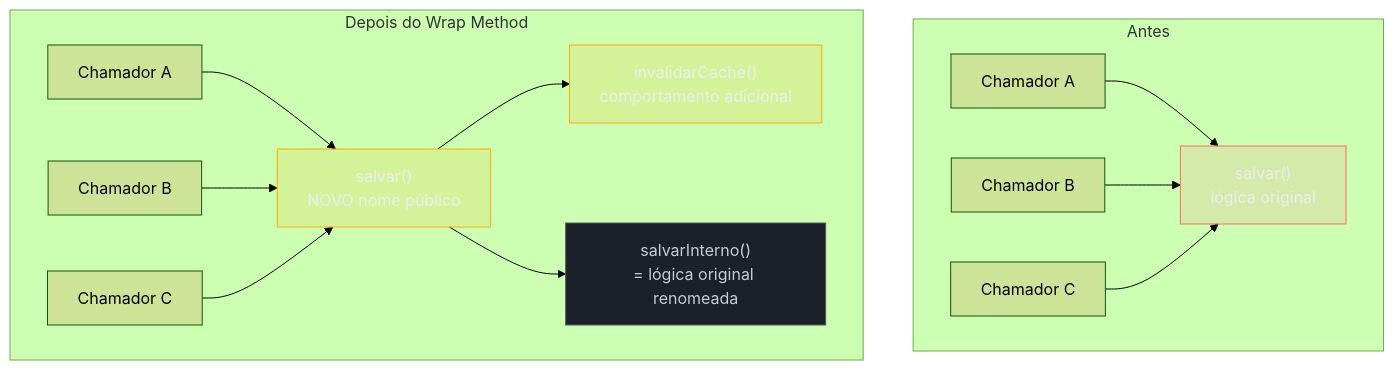
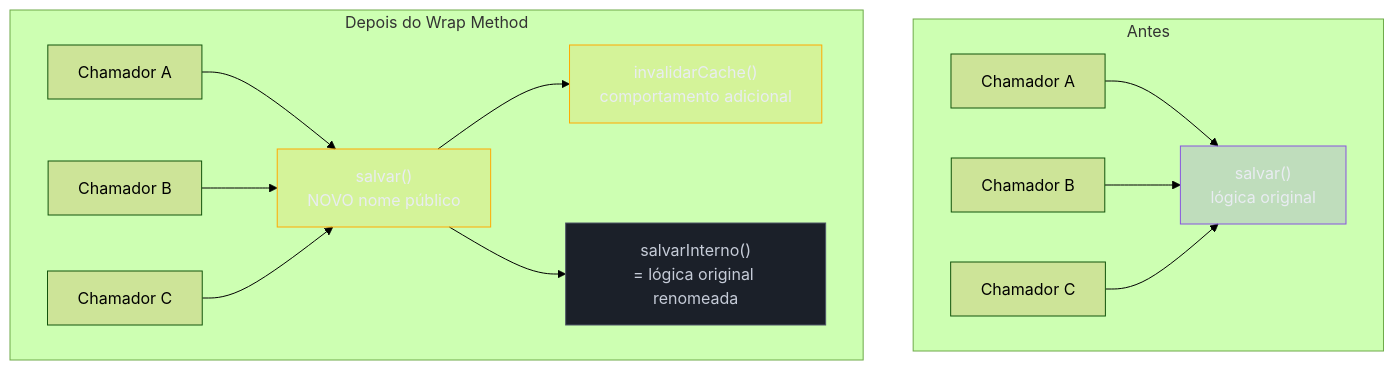
Before and after one commit to josenaldo/codex-technomanticus: the second of 3 diagrams in 03-Dominios/Engenharia/Arqueologia e Restauração de Software/13 - Técnicas cirúrgicas.md, drawn with Mermaid (forest theme). The commit also changed other lines of this file and 601 other files, not shown here.

````diff
--- a/03-Dominios/Engenharia/Arqueologia e Restauração de Software/13 - Técnicas cirúrgicas.md
+++ b/03-Dominios/Engenharia/Arqueologia e Restauração de Software/13 - Técnicas cirúrgicas.md
@@ -126,22 +126,22 @@
 ```mermaid
 graph TD
-    classDef falha fill:#FF6B6B24,stroke:#FF6B6B,color:#E9ECF2
+    classDef marca fill:#8855DF33,stroke:#8855DF,color:#E9ECF2
     classDef destaque fill:#FFAA0024,stroke:#FFAA00,color:#E9ECF2
     classDef neutro fill:#1B2029,stroke:#4E5666,color:#C6CCD8
     subgraph ANTES["Antes"]
         C1["Chamador A"] --> S1["salvar()<br/>lógica original"]
         C2["Chamador B"] --> S1
         C3["Chamador C"] --> S1
     end
     subgraph DEPOIS["Depois do Wrap Method"]
         D1["Chamador A"] --> W["salvar()<br/>NOVO nome público"]
         D2["Chamador B"] --> W
         D3["Chamador C"] --> W
         W --> AD["invalidarCache()<br/>comportamento adicional"]
         W --> SI["salvarInterno()<br/>= lógica original renomeada"]
     end
-    class S1 falha
+    class S1 marca
     class W destaque
     class AD destaque
     class SI neutro
 ```
````
